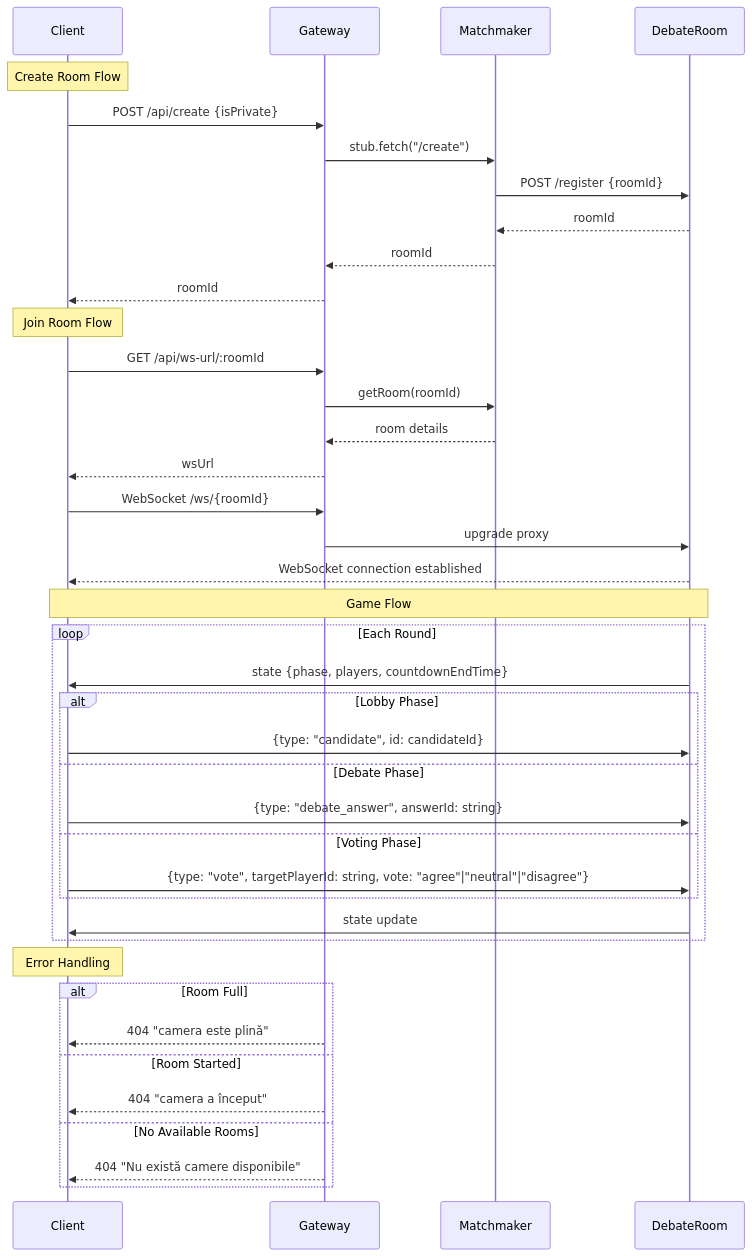
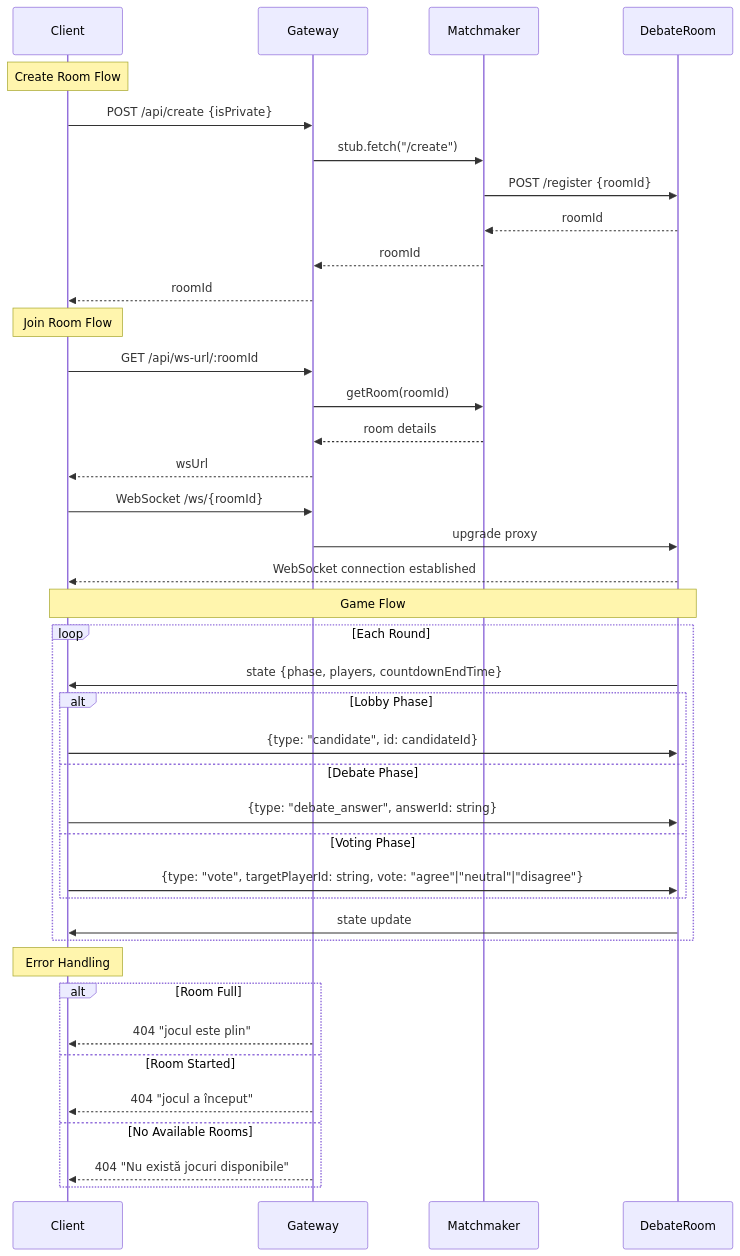
One commit to ciocan/joculdemocratiei.ro changed the second of 2 diagrams in README.md. Above: the diagram before and after it, drawn with Mermaid. The commit also changed other lines of this file and 8 other files, not shown here.

````diff
--- a/README.md
+++ b/README.md
@@ -211,46 +211,46 @@
 ```mermaid
 sequenceDiagram
     participant Client
     participant Gateway
     participant Matchmaker
     participant DebateRoom
 
     Note over Client: Create Room Flow
     Client->>Gateway: POST /api/create {isPrivate}
     Gateway->>Matchmaker: stub.fetch("/create")
     Matchmaker->>DebateRoom: POST /register {roomId}
     DebateRoom-->>Matchmaker: roomId
     Matchmaker-->>Gateway: roomId
     Gateway-->>Client: roomId
 
     Note over Client: Join Room Flow
     Client->>Gateway: GET /api/ws-url/:roomId
     Gateway->>Matchmaker: getRoom(roomId)
     Matchmaker-->>Gateway: room details
     Gateway-->>Client: wsUrl
     Client->>Gateway: WebSocket /ws/{roomId}
     Gateway->>DebateRoom: upgrade proxy
     DebateRoom-->>Client: WebSocket connection established
 
     Note over Client,DebateRoom: Game Flow
     loop Each Round
         DebateRoom->>Client: state {phase, players, countdownEndTime}
         alt Lobby Phase
             Client->>DebateRoom: {type: "candidate", id: candidateId}
         else Debate Phase
             Client->>DebateRoom: {type: "debate_answer", answerId: string}
         else Voting Phase
             Client->>DebateRoom: {type: "vote", targetPlayerId: string, vote: "agree"|"neutral"|"disagree"}
         end
         DebateRoom->>Client: state update
     end
 
     Note over Client: Error Handling
     alt Room Full
-        Gateway-->>Client: 404 "camera este plină"
+        Gateway-->>Client: 404 "jocul este plin"
     else Room Started
-        Gateway-->>Client: 404 "camera a început"
+        Gateway-->>Client: 404 "jocul a început"
     else No Available Rooms
-        Gateway-->>Client: 404 "Nu există camere disponibile"
+        Gateway-->>Client: 404 "Nu există jocuri disponibile"
     end
 ```
````
